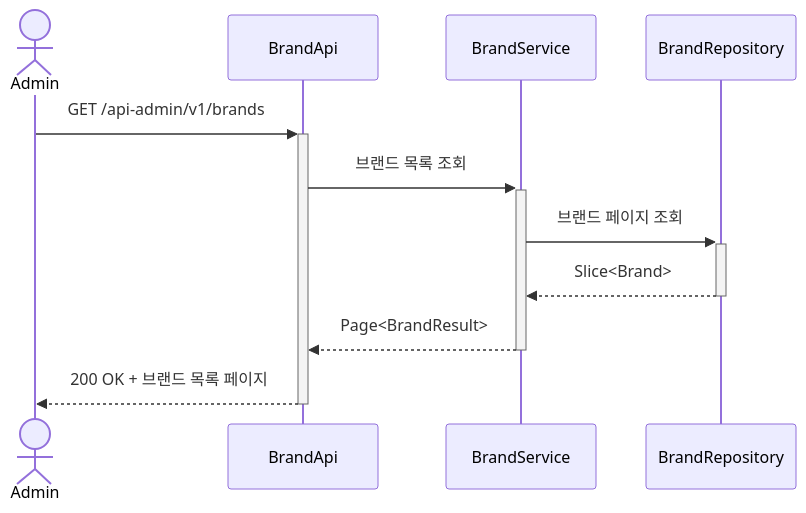
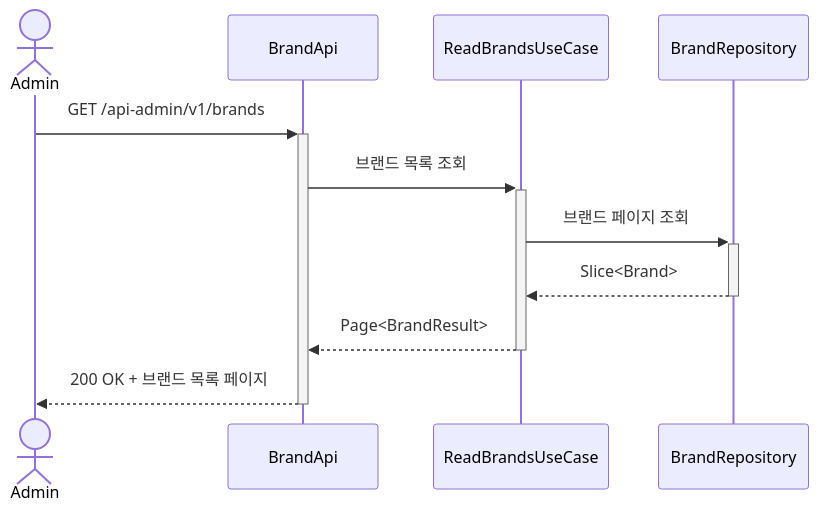
Before and after one commit to Loopers-dev-lab/loop-pack-be-l2-vol3-java: the fourth of 23 diagrams in .docs/design/02-sequence-diagrams.md, drawn with Mermaid. The commit also changed other lines of this file and 88 other files, not shown here.

````diff
--- a/.docs/design/02-sequence-diagrams.md
+++ b/.docs/design/02-sequence-diagrams.md
@@ -161,14 +170,14 @@
 ```mermaid
 sequenceDiagram
     actor Admin
     participant BrandApi
-    participant BrandService
+    participant ReadBrandsUseCase
     participant BrandRepository
 
     Admin ->>+ BrandApi: GET /api-admin/v1/brands
-    BrandApi ->>+ BrandService: 브랜드 목록 조회
-    BrandService ->>+ BrandRepository: 브랜드 페이지 조회
-    BrandRepository -->>- BrandService: Slice<Brand>
-    BrandService -->>- BrandApi: Page<BrandResult>
+    BrandApi ->>+ ReadBrandsUseCase: 브랜드 목록 조회
+    ReadBrandsUseCase ->>+ BrandRepository: 브랜드 페이지 조회
+    BrandRepository -->>- ReadBrandsUseCase: Slice<Brand>
+    ReadBrandsUseCase -->>- BrandApi: Page<BrandResult>
     BrandApi -->>- Admin: 200 OK + 브랜드 목록 페이지
 ```
````
